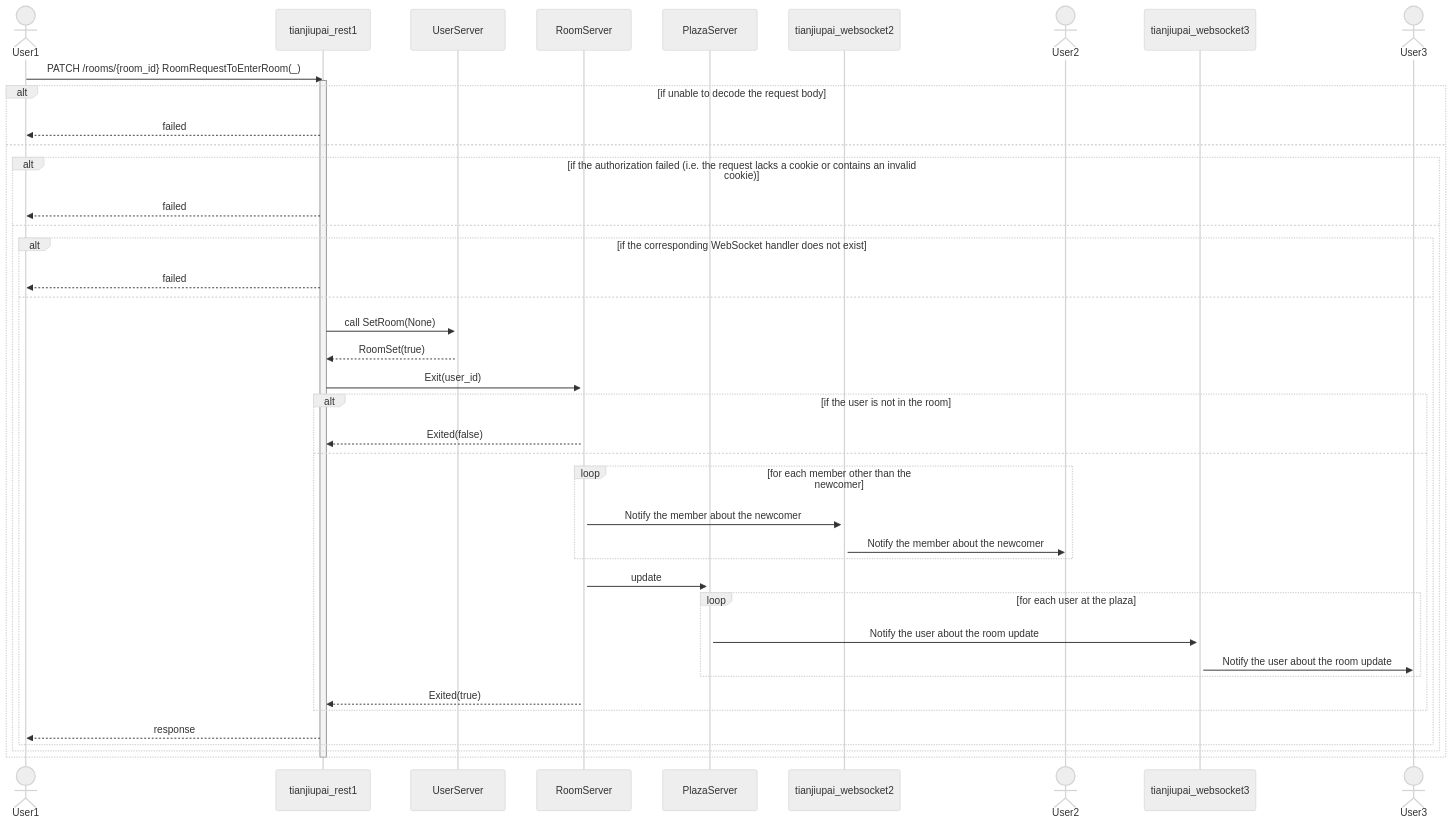
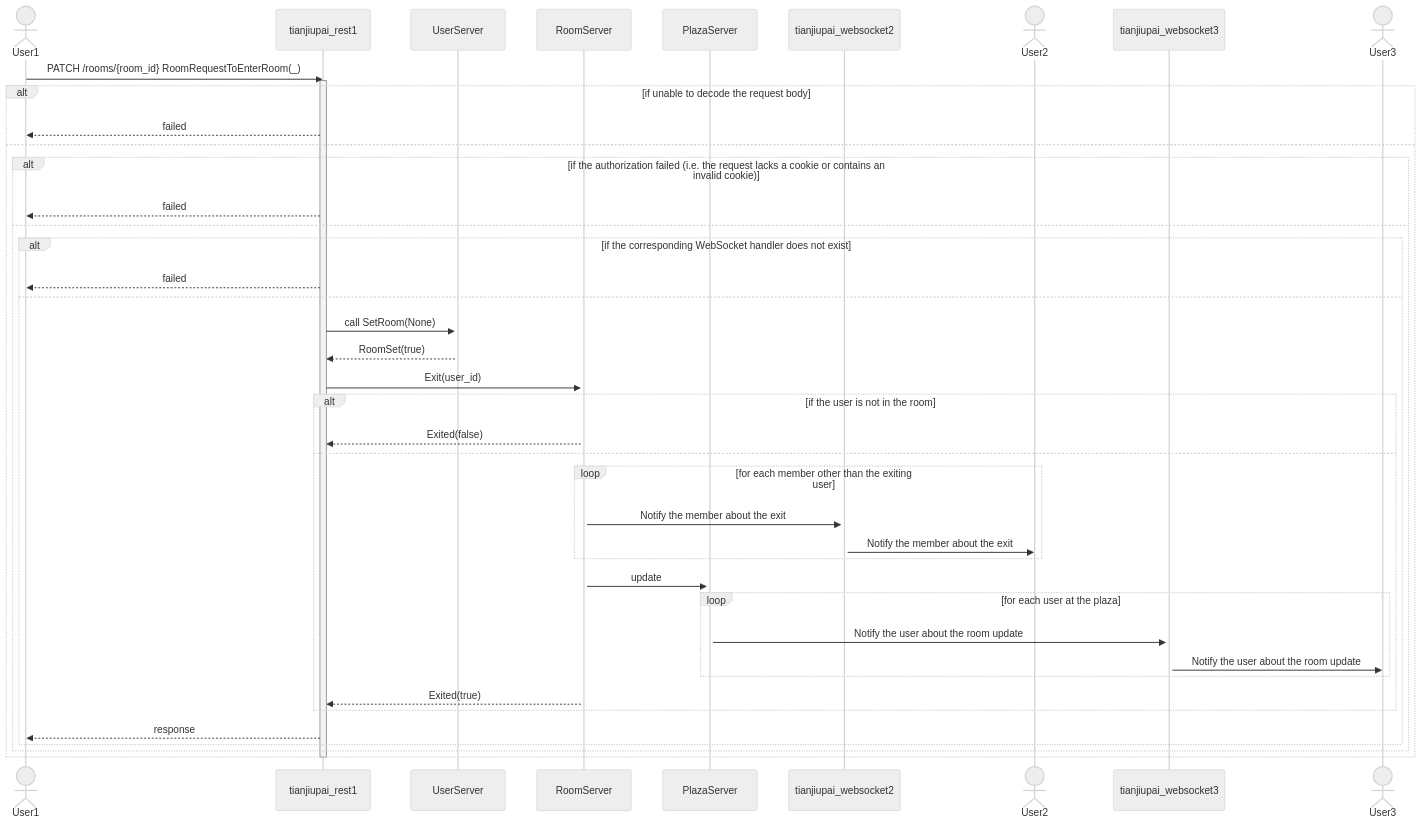
The fourth of 7 diagrams in docs/ARCHITECTURE.md (gfngfn/game_tianjiupai), drawn with Mermaid (neutral theme) before and after one commit. The commit also changed other lines of this file, not shown here.

Commit message:
add some sequence diagrams to docs (6)

````diff
--- a/docs/ARCHITECTURE.md
+++ b/docs/ARCHITECTURE.md
@@ -154,51 +154,51 @@
 ```mermaid
 sequenceDiagram
   actor User1
   participant tianjiupai_rest1
   participant UserServer
   participant RoomServer
   participant PlazaServer
   participant tianjiupai_websocket2
   actor User2
   participant tianjiupai_websocket3
   actor User3
   activate UserServer
   activate RoomServer
   activate PlazaServer
   activate tianjiupai_websocket2
   activate tianjiupai_websocket3
 
   User1 ->> tianjiupai_rest1 : PATCH /rooms/{room_id} RoomRequestToEnterRoom(_)
   activate tianjiupai_rest1
   alt if unable to decode the request body
     tianjiupai_rest1 -->> User1 : failed
   else
     alt if the authorization failed (i.e. the request lacks a cookie or contains an invalid cookie)
       tianjiupai_rest1 -->> User1 : failed
     else
       alt if the corresponding WebSocket handler does not exist
         tianjiupai_rest1 -->> User1 : failed
       else
         tianjiupai_rest1 ->> UserServer : call SetRoom(None)
         UserServer -->> tianjiupai_rest1 : RoomSet(true)
         tianjiupai_rest1 ->> RoomServer : Exit(user_id)
         alt if the user is not in the room
           RoomServer -->> tianjiupai_rest1 : Exited(false)
         else
-          loop for each member other than the newcomer
-            RoomServer ->> tianjiupai_websocket2 : Notify the member about the newcomer
-            tianjiupai_websocket2 ->> User2 : Notify the member about the newcomer
+          loop for each member other than the exiting user
+            RoomServer ->> tianjiupai_websocket2 : Notify the member about the exit
+            tianjiupai_websocket2 ->> User2 : Notify the member about the exit
           end
           RoomServer ->> PlazaServer : update
           loop for each user at the plaza
             PlazaServer ->> tianjiupai_websocket3 : Notify the user about the room update
             tianjiupai_websocket3 ->> User3 : Notify the user about the room update
           end
           RoomServer -->> tianjiupai_rest1 : Exited(true)
         end
         tianjiupai_rest1 -->> User1 : response
       end
     end
   end
   deactivate tianjiupai_rest1
 ```
````
